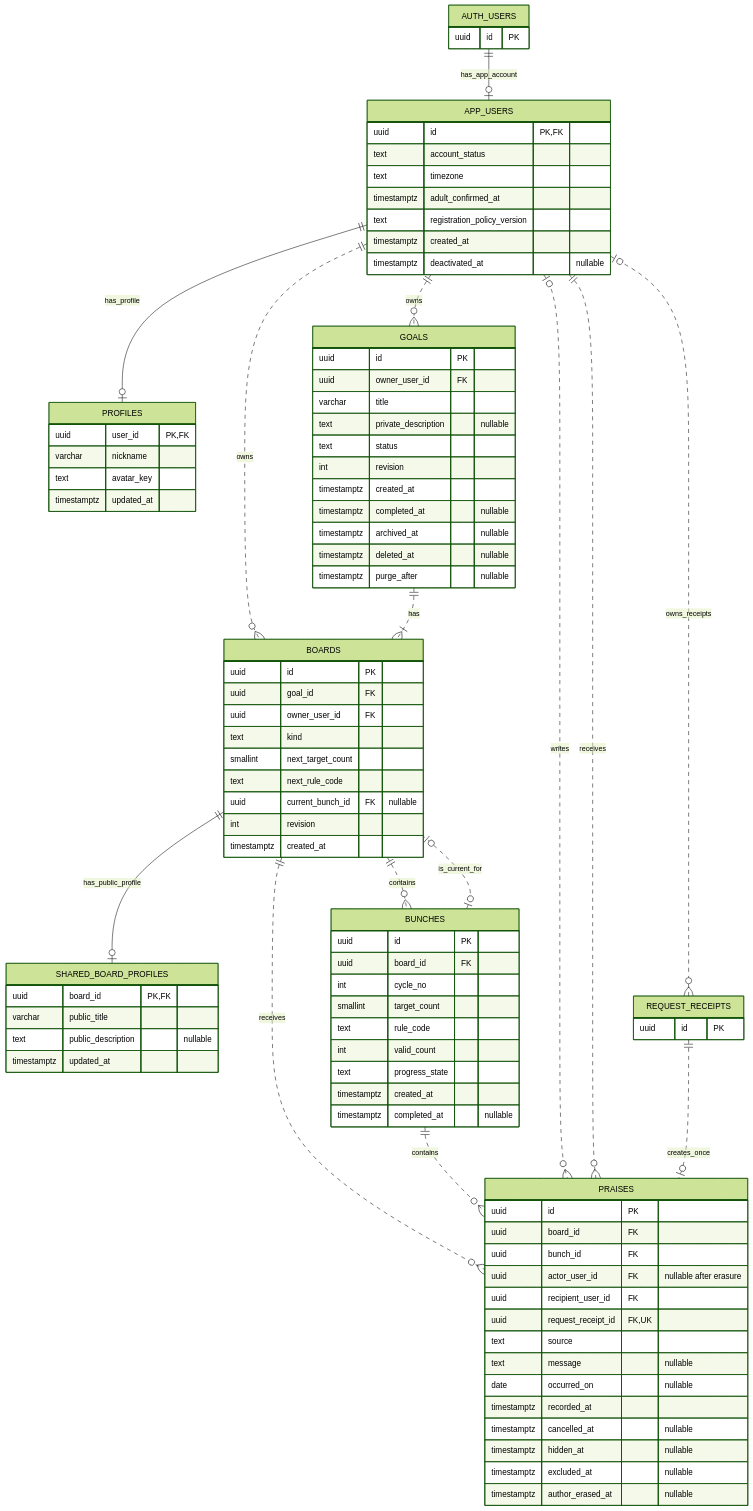
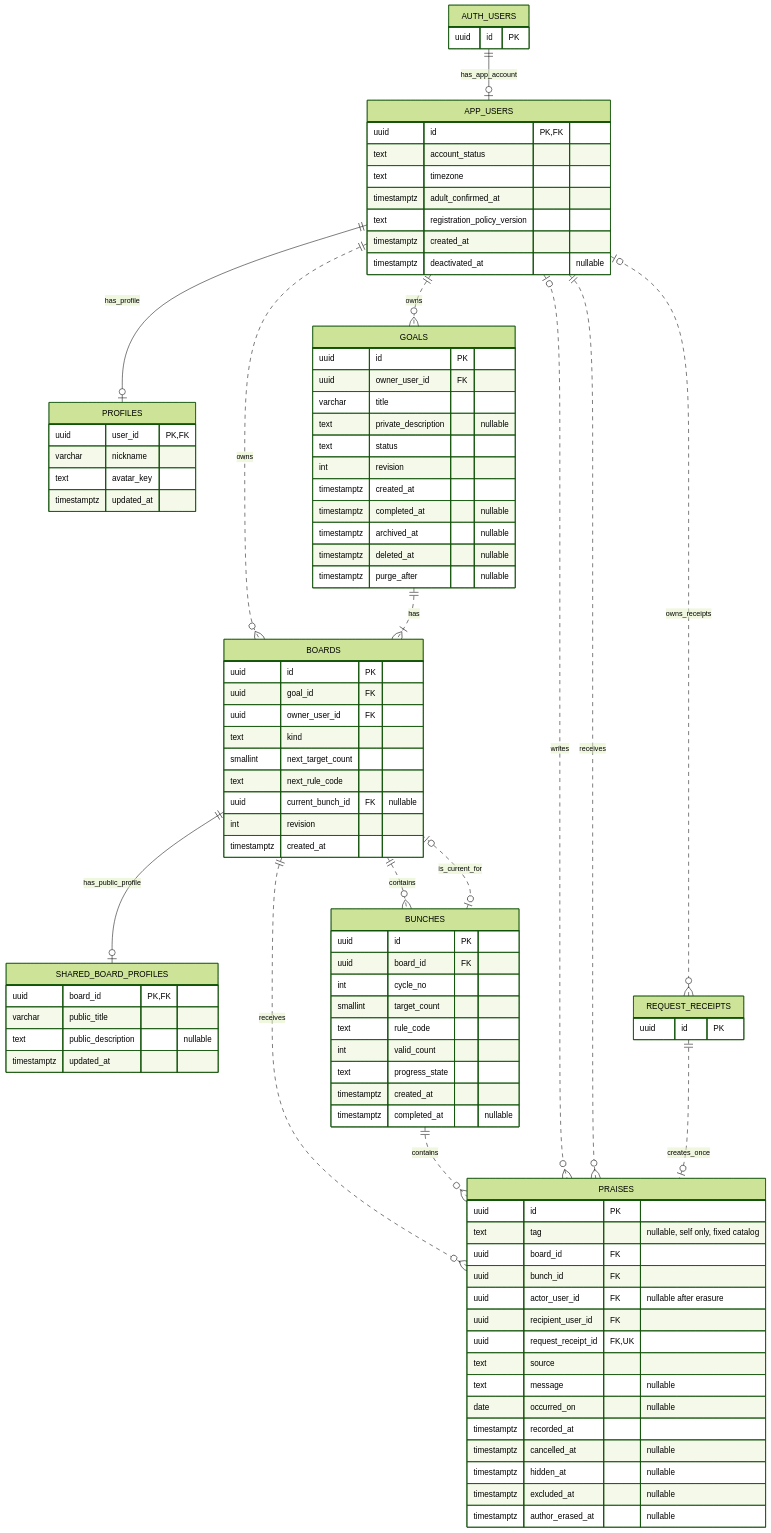
One commit to nemo9nemo/chagokchan changed the first of 3 diagrams in docs/data-erd.md. Above: the diagram before and after it, drawn with Mermaid (forest theme). The commit also changed other lines of this file and 24 other files, not shown here.

```diff
--- a/docs/data-erd.md
+++ b/docs/data-erd.md
@@ -90,6 +90,7 @@
     }
     PRAISES {
         uuid id PK
+        text tag "nullable, self only, fixed catalog"
         uuid board_id FK
         uuid bunch_id FK
         uuid actor_user_id FK "nullable after erasure"
```
